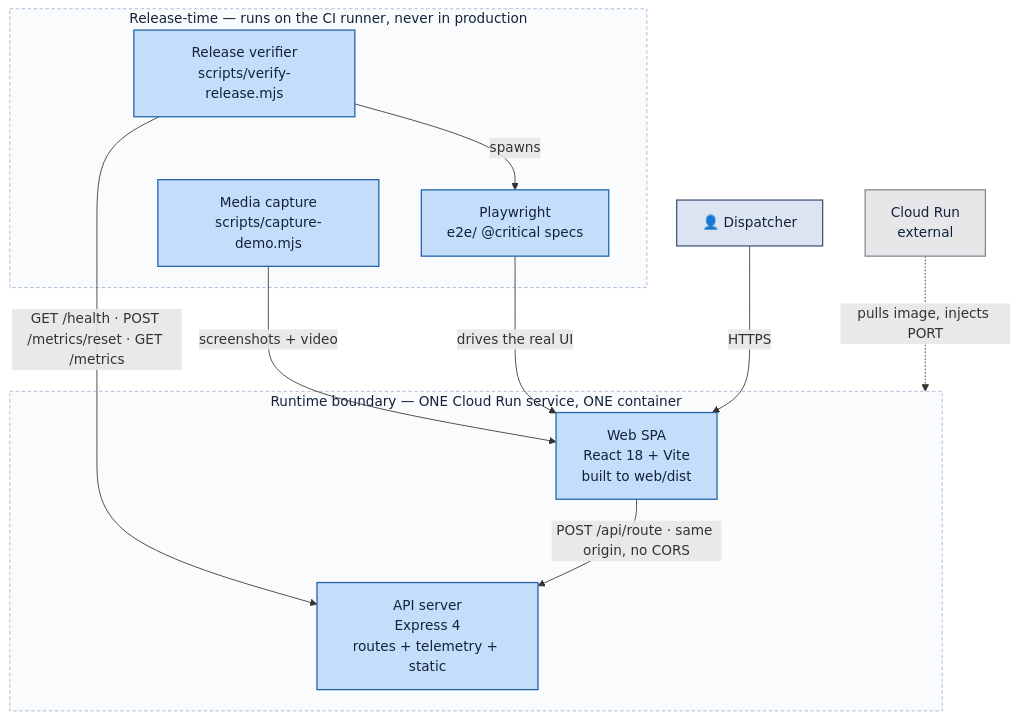
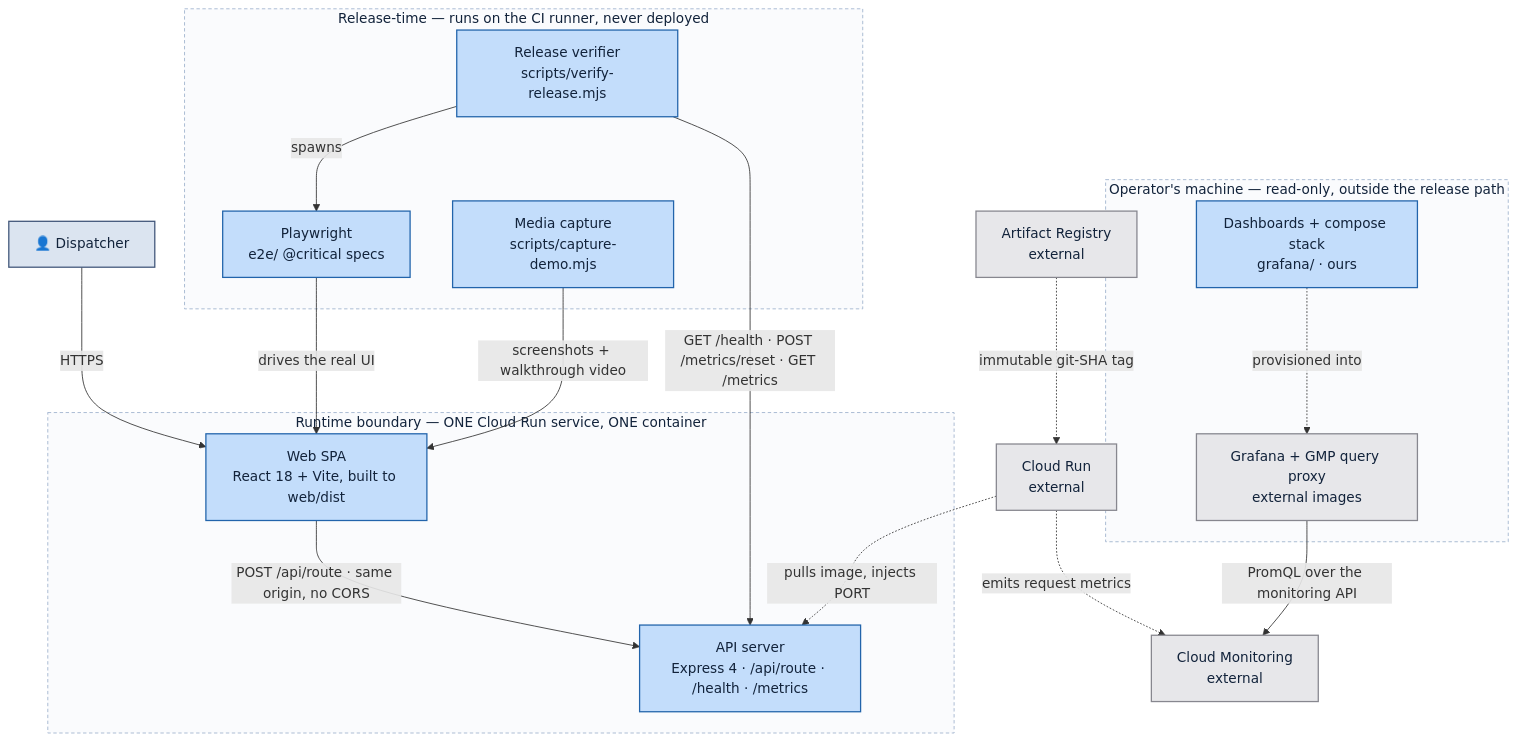
Before and after one commit to TryHarder01/release-agent-demo: the third of 7 diagrams in ARCHITECTURE.md, drawn with Mermaid. The commit also changed other lines of this file, not shown here.

First line of the commit message:
Refresh ARCHITECTURE.md against 595e651

````diff
--- a/ARCHITECTURE.md
+++ b/ARCHITECTURE.md
@@ -119,34 +135,45 @@
 ```mermaid
 flowchart TB
     dispatcher["👤 Dispatcher"]
 
     subgraph runtime["Runtime boundary — ONE Cloud Run service, ONE container"]
-        spa["Web SPA\nReact 18 + Vite\nbuilt to web/dist"]
-        api["API server\nExpress 4\nroutes + telemetry + static"]
+        spa["Web SPA\nReact 18 + Vite, built to web/dist"]
+        api["API server\nExpress 4 · /api/route · /health · /metrics"]
     end
 
-    subgraph releasetime["Release-time — runs on the CI runner, never in production"]
+    subgraph releasetime["Release-time — runs on the CI runner, never deployed"]
         verifier["Release verifier\nscripts/verify-release.mjs"]
         pw["Playwright\ne2e/ @critical specs"]
         capture["Media capture\nscripts/capture-demo.mjs"]
     end
 
+    subgraph opsview["Operator's machine — read-only, outside the release path"]
+        dash["Dashboards + compose stack\ngrafana/ · ours"]
+        stack["Grafana + GMP query proxy\nexternal images"]
+    end
+
+    ar["Artifact Registry\nexternal"]
     run["Cloud Run\nexternal"]
+    gcm["Cloud Monitoring\nexternal"]
 
     dispatcher -->|"HTTPS"| spa
     spa -->|"POST /api/route · same origin, no CORS"| api
     verifier -->|"GET /health · POST /metrics/reset · GET /metrics"| api
     verifier -->|"spawns"| pw
     pw -->|"drives the real UI"| spa
-    capture -->|"screenshots + video"| spa
-    run -.->|"pulls image, injects PORT"| runtime
+    capture -->|"screenshots + walkthrough video"| spa
+    ar -.->|"immutable git-SHA tag"| run
+    run -.->|"pulls image, injects PORT"| api
+    run -.->|"emits request metrics"| gcm
+    dash -.->|"provisioned into"| stack
+    stack -->|"PromQL over the monitoring API"| gcm
 
     classDef actor    fill:#dbe4f0,stroke:#41567a,stroke-width:1.5px,color:#12233b
     classDef owned    fill:#c3ddfb,stroke:#2264ab,stroke-width:1.5px,color:#12233b
     classDef external fill:#e7e7ea,stroke:#87878f,stroke-width:1.5px,color:#12233b
     classDef boundary fill:#fafbfd,stroke:#9db2cd,stroke-width:1px,stroke-dasharray:4 3,color:#12233b
     class dispatcher actor
-    class spa,api,verifier,pw,capture owned
-    class run external
-    class runtime,releasetime boundary
+    class spa,api,verifier,pw,capture,dash owned
+    class ar,run,gcm,stack external
+    class runtime,releasetime,opsview boundary
 ```
````
